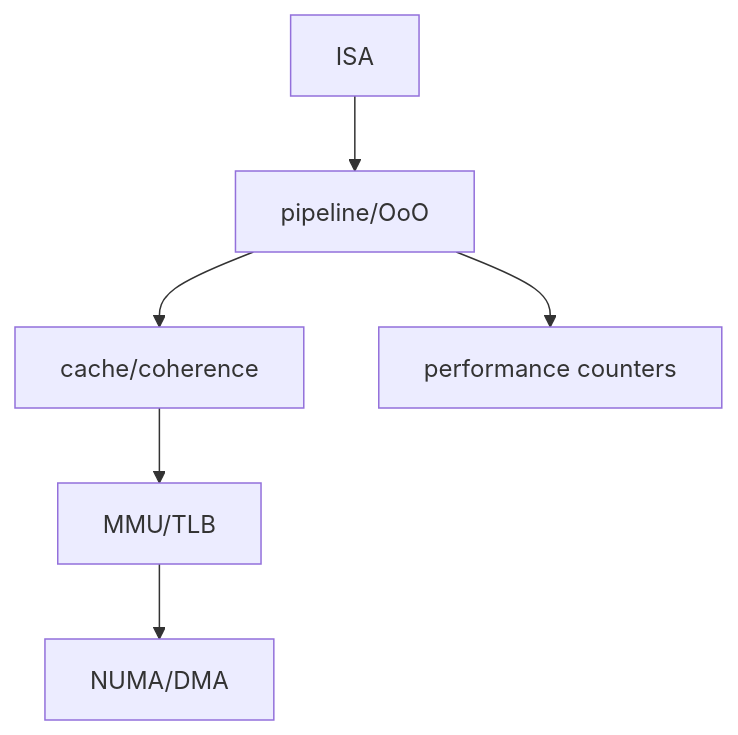
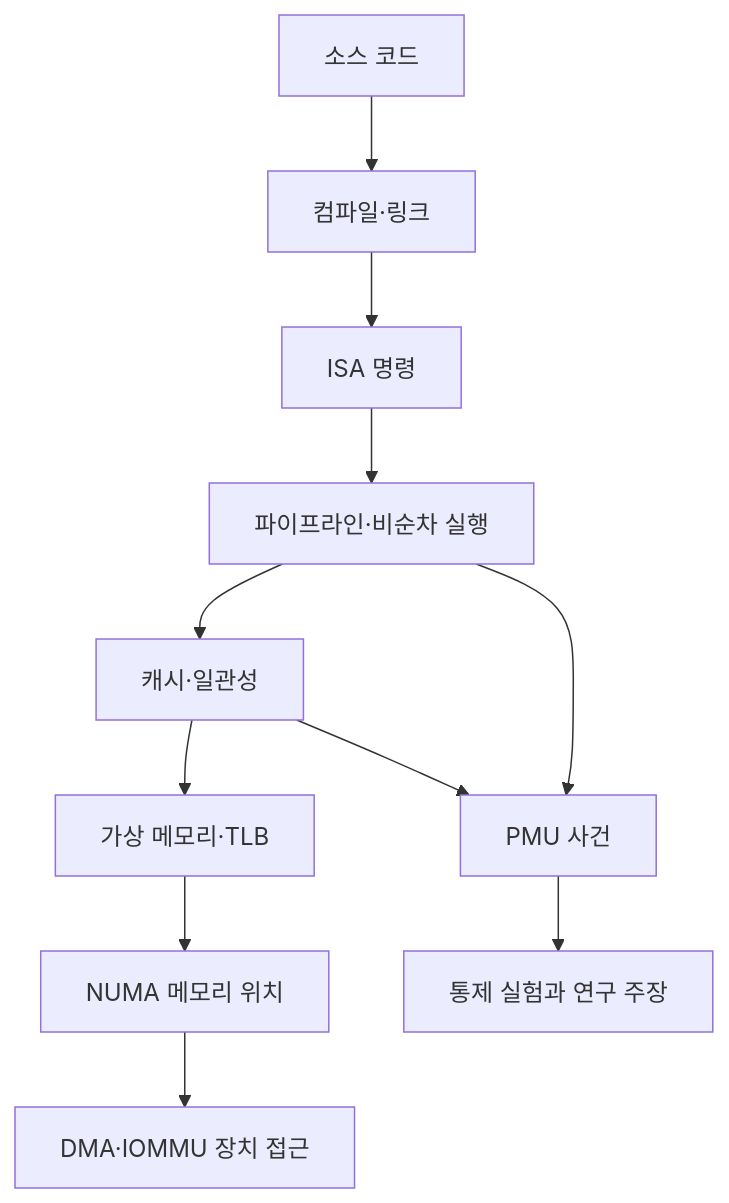
The diagram in learning/computer-architecture/15-exercises-glossary-and-sources.md (mj006648/netai-devsecops-runbook), drawn with Mermaid before and after one commit. The commit also changed other lines of this file and 55 other files, not shown here.

````diff
--- a/learning/computer-architecture/15-exercises-glossary-and-sources.md
+++ b/learning/computer-architecture/15-exercises-glossary-and-sources.md
@@ -146,8 +135,13 @@
-```mermaid
+~~~mermaid
 flowchart TD
- ISA-->PIPE[pipeline/OoO]
- PIPE-->CACHE[cache/coherence]
- CACHE-->MMU[MMU/TLB]
- MMU-->NUMA[NUMA/DMA]
- PIPE-->PMU[performance counters]
-```
+ SRC[소스 코드] --> COMP[컴파일·링크]
+ COMP --> ISA[ISA 명령]
+ ISA --> PIPE[파이프라인·비순차 실행]
+ PIPE --> CACHE[캐시·일관성]
+ CACHE --> MMU[가상 메모리·TLB]
+ MMU --> NUMA[NUMA 메모리 위치]
+ NUMA --> DEV[DMA·IOMMU 장치 접근]
+ PIPE --> PMU[PMU 사건]
+ CACHE --> PMU
+ PMU --> EXP[통제 실험과 연구 주장]
+~~~
````
